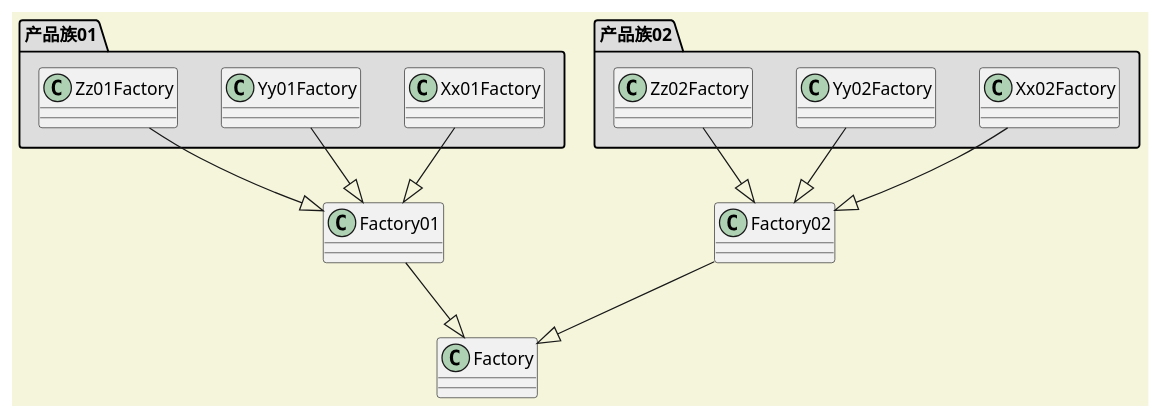
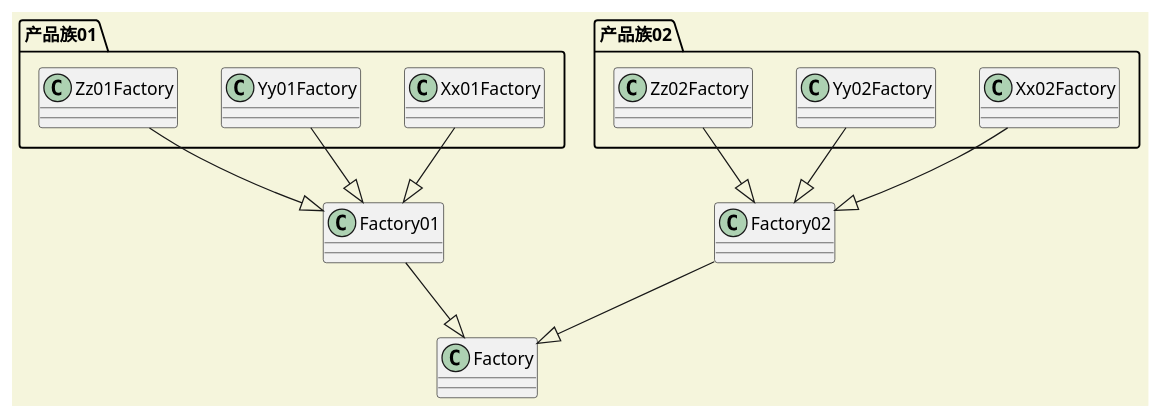
Before and after one commit to JianXiLin/MyNote: the diagram in Java/DesignPattern/3.5、抽象工厂.md, drawn with PlantUML. The commit also changed 141 other files, not shown here.

````diff
--- a/Java/DesignPattern/3.5、抽象工厂.md
+++ b/Java/DesignPattern/3.5、抽象工厂.md
@@ -10,29 +10,29 @@
 ```puml
     skinparam backgroundColor Beige
 
     class Factory
     Factory01 --|> Factory
     Factory02 --|> Factory
 
     class Factory01
-    package "产品族01" #DDDDDD {
+    package "产品族01" [[DDDDDD]] {
         class Xx01Factory
         class Yy01Factory
         class Zz01Factory
     }
     Xx01Factory--|>Factory01
     Yy01Factory--|>Factory01
     Zz01Factory--|>Factory01
 
     class Factory02
 
-    package "产品族02" #DDDDDD {
+    package "产品族02" [[DDDDDD]] {
         class Xx02Factory
         class Yy02Factory
         class Zz02Factory
     }
     Xx02Factory--|>Factory02
     Yy02Factory--|>Factory02
     Zz02Factory--|>Factory02
 
 ```
````
